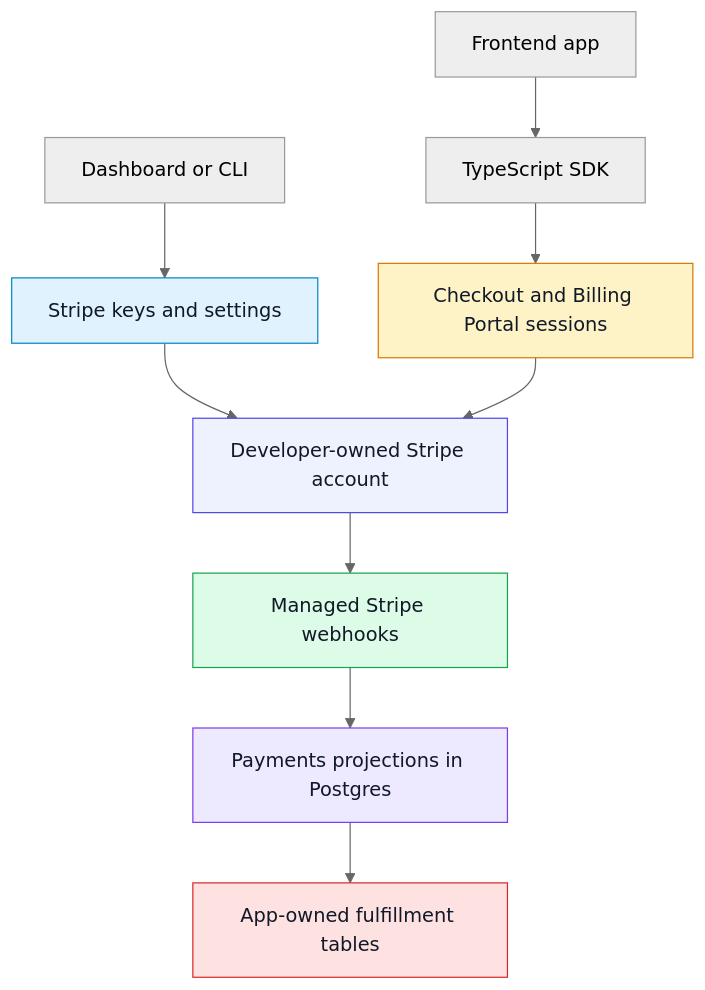
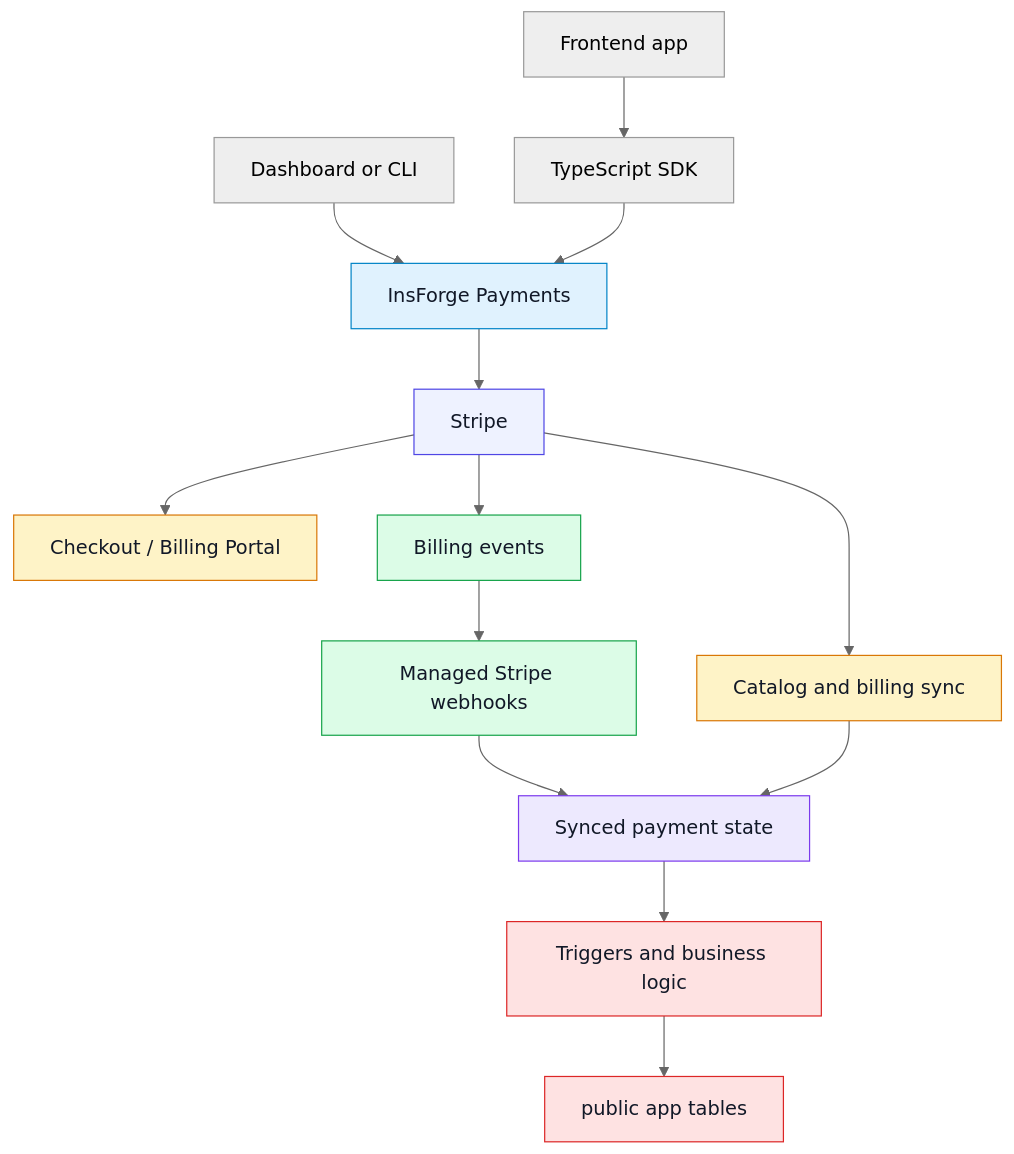
One commit to InsForge/InsForge changed the diagram in docs/core-concepts/payments/overview.mdx. Above: the diagram before and after it, drawn with Mermaid (neutral theme). The commit also changed other lines of this file, not shown here.

Commit message:
docs: refine payments overview

````diff
--- a/docs/core-concepts/payments/overview.mdx
+++ b/docs/core-concepts/payments/overview.mdx
@@ -21,20 +21,26 @@
 ```mermaid
 flowchart TB
-    Admin["Dashboard or CLI"] --> Settings["Stripe keys and settings"]
-    Settings --> Stripe["Developer-owned Stripe account"]
+    Admin["Dashboard or CLI"] --> Payments["InsForge Payments"]
+    App["Frontend app"] --> SDK["TypeScript SDK"]
+    SDK --> Payments
 
-    App["Frontend app"] --> SDK["TypeScript SDK"]
-    SDK --> Sessions["Checkout and Billing Portal sessions"]
-    Sessions --> Stripe
+    Payments --> Stripe["Stripe"]
+    Stripe --> Hosted["Checkout / Billing Portal"]
+    Stripe --> Sync["Catalog and billing sync"]
+    Stripe --> Events["Billing events"]
+    Events --> Webhooks["Managed Stripe webhooks"]
+    Webhooks --> State["Synced payment state"]
+    Sync --> State
+    State --> Logic["Triggers and business logic"]
+    Logic --> Tables["public app tables"]
 
-    Stripe --> Webhooks["Managed Stripe webhooks"]
-    Webhooks --> Projections["Payments projections in Postgres"]
-    Projections --> Fulfillment["App-owned fulfillment tables"]
-
-    style Settings fill:#e0f2fe,stroke:#0284c7,color:#111827
+    style Payments fill:#e0f2fe,stroke:#0284c7,color:#111827
     style Stripe fill:#eef2ff,stroke:#4f46e5,color:#111827
-    style Sessions fill:#fef3c7,stroke:#d97706,color:#111827
+    style Hosted fill:#fef3c7,stroke:#d97706,color:#111827
+    style Sync fill:#fef3c7,stroke:#d97706,color:#111827
+    style Events fill:#dcfce7,stroke:#16a34a,color:#111827
     style Webhooks fill:#dcfce7,stroke:#16a34a,color:#111827
-    style Projections fill:#ede9fe,stroke:#7c3aed,color:#111827
-    style Fulfillment fill:#fee2e2,stroke:#dc2626,color:#111827
+    style State fill:#ede9fe,stroke:#7c3aed,color:#111827
+    style Logic fill:#fee2e2,stroke:#dc2626,color:#111827
+    style Tables fill:#fee2e2,stroke:#dc2626,color:#111827
 ```
````
